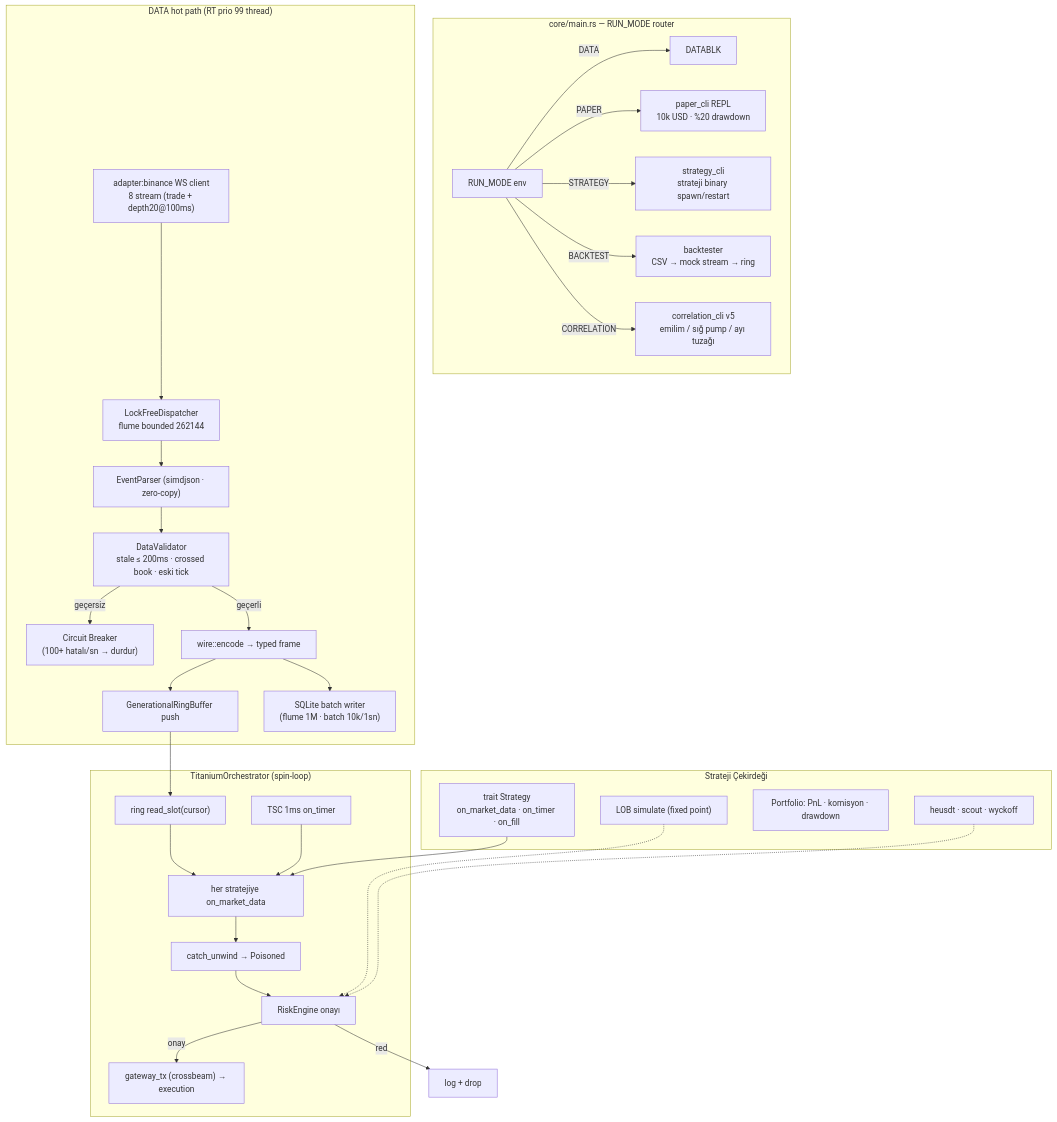
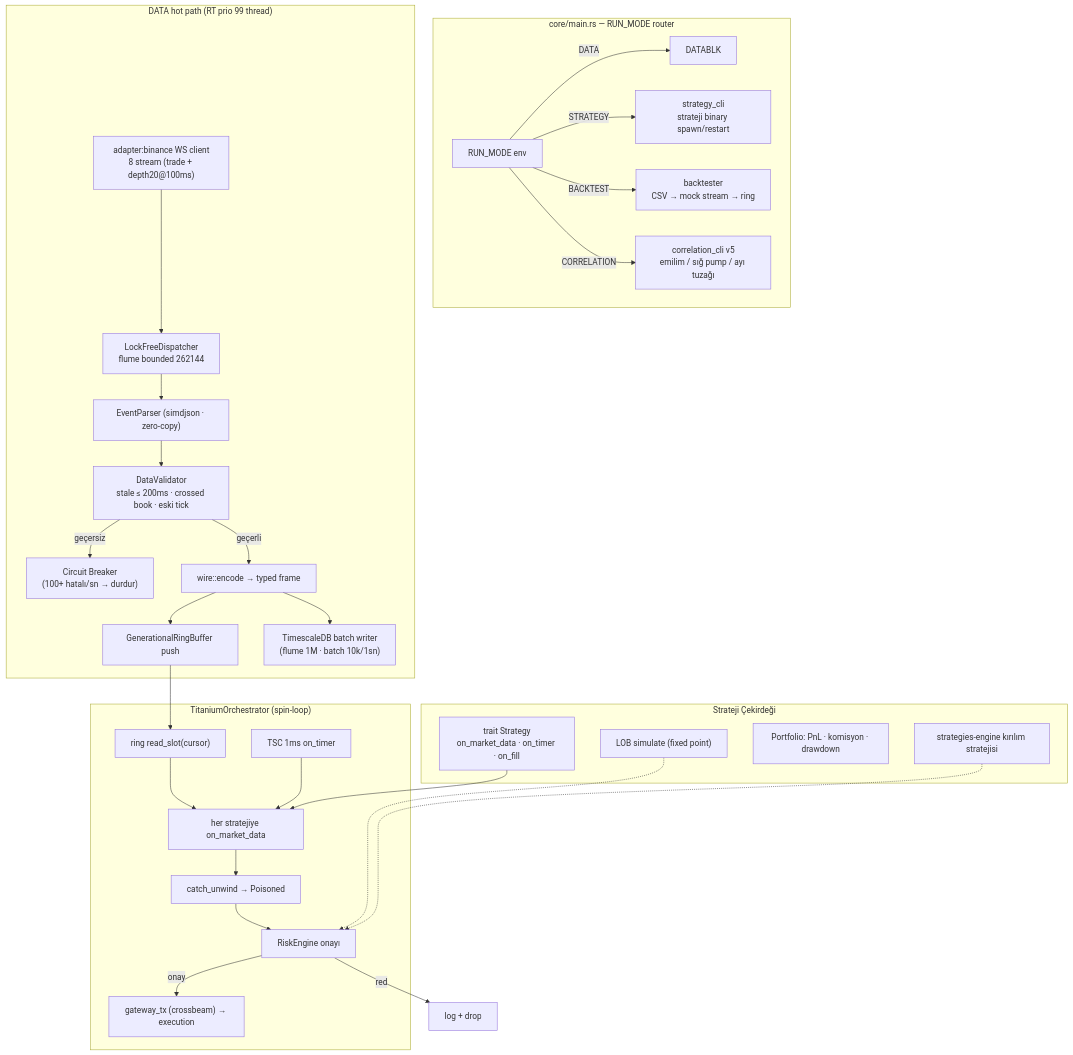
One commit to Quant-Trade-Lab-Community/cycle_finance_bot changed the diagram in docs/flowcharts/04_katman2_core.mmd. Above: the diagram before and after it, drawn with Mermaid. The commit also changed 165 other files, not shown here.

Commit message:
docs: remove deleted services' code dumps and update architecture (Bölüm 3, 2, 1); update Cargo.toml workspace; update mermaid flowcharts; remove SQLite refs

```diff
--- a/docs/flowcharts/04_katman2_core.mmd
+++ b/docs/flowcharts/04_katman2_core.mmd
@@ -1,55 +1,54 @@
 flowchart TB
     subgraph MODE["core/main.rs — RUN_MODE router"]
         RUN["RUN_MODE env"]
         RUN -->|"DATA"| DATABLK
-        RUN -->|"PAPER"| PAPERCLI["paper_cli REPL<br/>10k USD · %20 drawdown"]
         RUN -->|"STRATEGY"| STRATCLI["strategy_cli<br/>strateji binary spawn/restart"]
         RUN -->|"BACKTEST"| BT["backtester<br/>CSV → mock stream → ring"]
         RUN -->|"CORRELATION"| CORR["correlation_cli v5<br/>emilim / sığ pump / ayı tuzağı"]
     end
 
     subgraph DATA["DATA hot path (RT prio 99 thread)"]
         WS["adapter:binance WS client<br/>8 stream (trade + depth20@100ms)"]
         QUEUE["LockFreeDispatcher<br/>flume bounded 262144"]
         PARSER2["EventParser (simdjson · zero-copy)"]
         VALID2["DataValidator<br/>stale ≤ 200ms · crossed book · eski tick"]
         CB["Circuit Breaker<br/>(100+ hatalı/sn → durdur)"]
         ENC["wire::encode → typed frame"]
         RING2["GenerationalRingBuffer push"]
-        DB2["SQLite batch writer<br/>(flume 1M · batch 10k/1sn)"]
+        DB2["TimescaleDB batch writer<br/>(flume 1M · batch 10k/1sn)"]
     end
 
     subgraph ORCH["TitaniumOrchestrator (spin-loop)"]
         READ["ring read_slot(cursor)"]
         DISP["her stratejiye on_market_data"]
         CATCH2["catch_unwind → Poisoned"]
         RENG["RiskEngine onayı"]
         GATE["gateway_tx (crossbeam) → execution"]
         TIMER["TSC 1ms on_timer"]
     end
 
     subgraph UK["Strateji Çekirdeği"]
         TRAIT["trait Strategy<br/>on_market_data · on_timer · on_fill"]
         LOB["LOB simulate (fixed point)"]
         PORT2["Portfolio: PnL · komisyon · drawdown"]
-        STRATS["heusdt · scout · wyckoff"]
+        STRATS["strategies-engine kırılım stratejisi"]
     end
 
     WS --> QUEUE
     QUEUE --> PARSER2
     PARSER2 --> VALID2
     VALID2 -->|geçersiz| CB
     VALID2 -->|geçerli| ENC
     ENC --> RING2
     ENC --> DB2
 
     RING2 --> READ
     READ --> DISP
     DISP --> CATCH2
     CATCH2 --> RENG
     RENG -->|onay| GATE
     RENG -->|red| DROP2["log + drop"]
     TIMER --> DISP
     TRAIT --> DISP
     LOB -.-> RENG
     STRATS -.-> RENG
```
